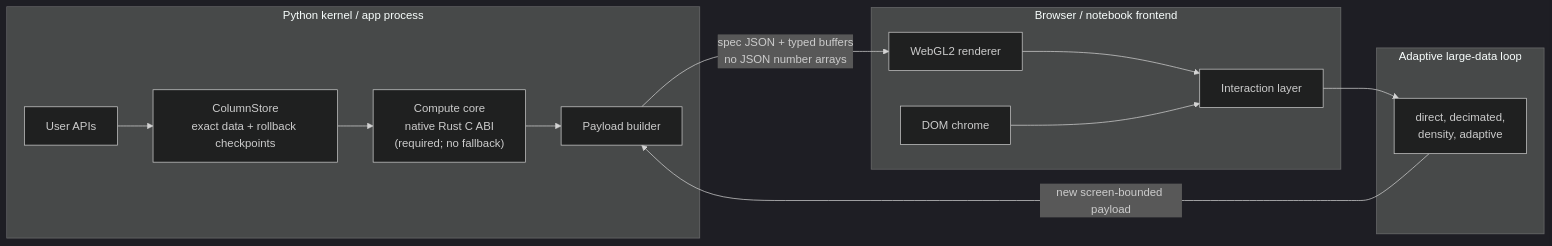
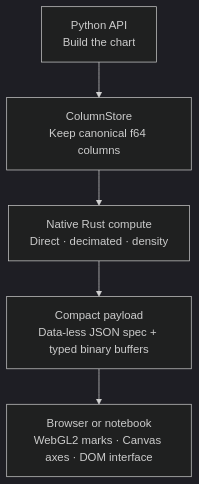
The diagram in README.md (reflex-dev/xy), drawn with Mermaid (dark theme) before and after one commit. The commit also changed other lines of this file and 3 other files, not shown here.

````diff
--- a/README.md
+++ b/README.md
@@ -137,21 +178,10 @@
 ```mermaid
-flowchart LR
-    subgraph PY["Python kernel / app process"]
-        API["User APIs"] --> STORE["ColumnStore<br/>exact data + rollback checkpoints"]
-        STORE --> CORE["Compute core<br/>native Rust C ABI<br/>(required; no fallback)"]
-        CORE --> PAYLOAD["Payload builder"]
-    end
-    subgraph UI["Browser / notebook frontend"]
-        WEBGL["WebGL2 renderer"]
-        DOM["DOM chrome"]
-        INPUT["Interaction layer"]
-        WEBGL --> INPUT
-        DOM --> INPUT
-    end
-    subgraph LOD["Adaptive large-data loop"]
-        MODE["direct, decimated,<br/>density, adaptive"]
-    end
-    PAYLOAD -- "spec JSON + typed buffers<br/>no JSON number arrays" --> WEBGL
-    INPUT --> MODE
-    MODE -- "new screen-bounded payload" --> PAYLOAD
+flowchart TB
+    API["Python API<br/>Build the chart"]
+    STORE["ColumnStore<br/>Keep canonical f64 columns"]
+    CORE["Native Rust compute<br/>Direct · decimated · density"]
+    PAYLOAD["Compact payload<br/>Data-less JSON spec + typed binary buffers"]
+    RENDER["Browser or notebook<br/>WebGL2 marks · Canvas axes · DOM interface"]
+
+    API --> STORE --> CORE --> PAYLOAD --> RENDER
 ```
````
